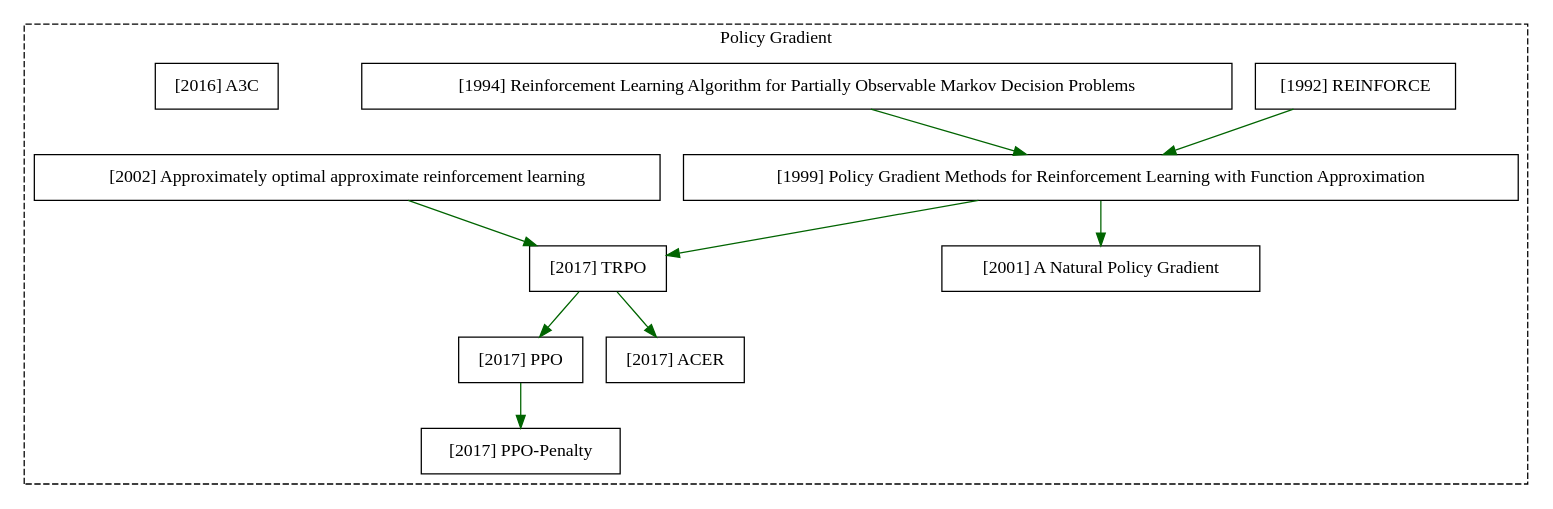
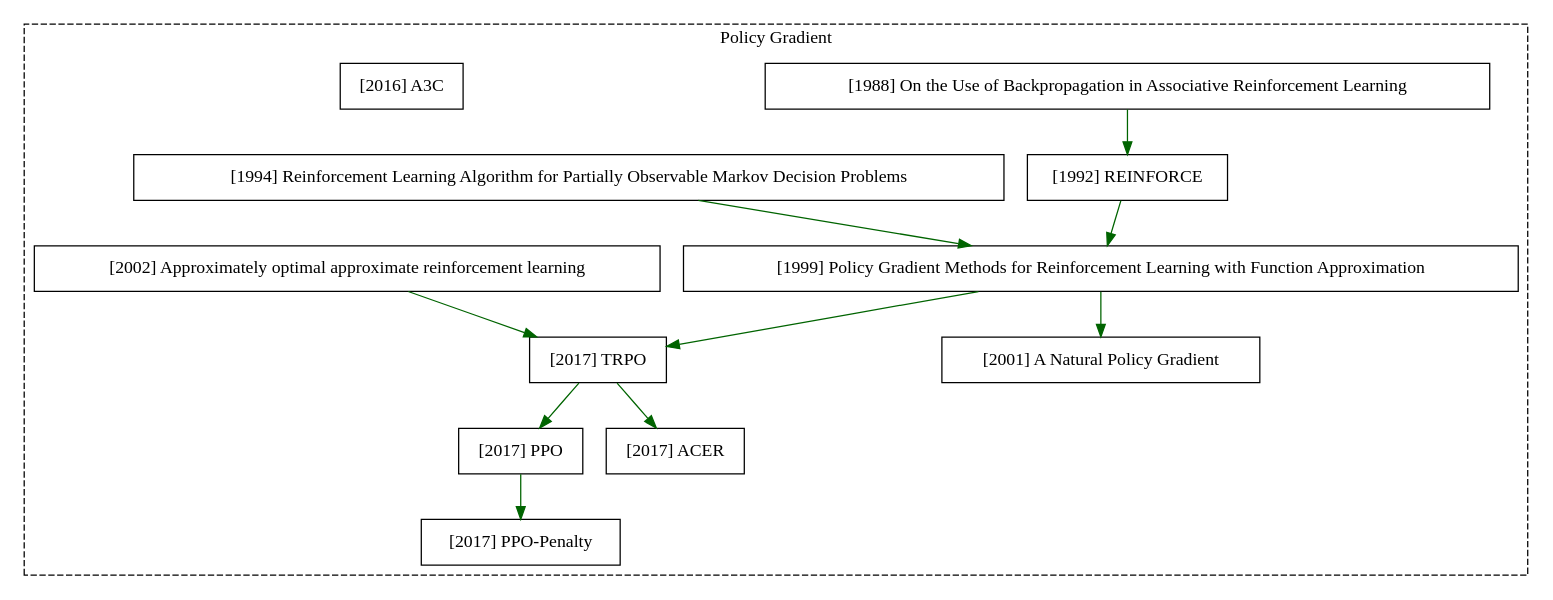
One commit to Tony-Tan/Reading-Progress changed the diagram in policy_gradient_graph.dot. Above: the diagram before and after it, drawn with Graphviz. The commit also changed 1 other file, not shown here.

```diff
--- a/policy_gradient_graph.dot
+++ b/policy_gradient_graph.dot
@@ -1,44 +1,47 @@
 digraph ML_Math{           //设置分辨率
 	{
 		node[shape=box]
+		//1988
+		a1988[label="[1988] On the Use of Backpropagation in Associative Reinforcement Learning"]
 		//1992
 		a1992[label="[1992] REINFORCE"]
 		//1993
 		//1994
 		a1994[label="[1994] Reinforcement Learning Algorithm for Partially Observable Markov Decision Problems"]
 		//1995
 		//1999
 		a1999[label="[1999] Policy Gradient Methods for Reinforcement Learning with Function Approximation"]
 		//2001
 		a2001[label="[2001] A Natural Policy Gradient"]
 		//2002
 		a2002[label="[2002] Approximately optimal approximate reinforcement learning"]
 		//2013
 		//2015
 		//2016
 		c2016[label="[2016] A3C"]
 		//2017
 		c2017[label="[2017] TRPO"]
 		d2017[label="[2017] PPO-Penalty"]
 		e2017[label="[2017] PPO"]
 		f2017[label="[2017] ACER"]
 	}
 	{
 		edge[color=darkgreen]
 		c2017->e2017
 		a1999->c2017;
 		e2017->d2017;
 		a1999->a2001;
 		a1992->a1999;
 		a1994->a1999;
 		c2017->f2017;
 		a2002->c2017;
+		a1988->a1992
 	}
 	subgraph cluster_pg{
 		label="Policy Gradient"
 		style="dashed"
 		
-		c2016;d2017;c2017;e2017;a1999;a2001;a1992;a1994;f2017;a2002;
+		c2016;d2017;c2017;e2017;a1999;a2001;a1992;a1994;f2017;a2002;a1988;
 	}
 	
 }
```
